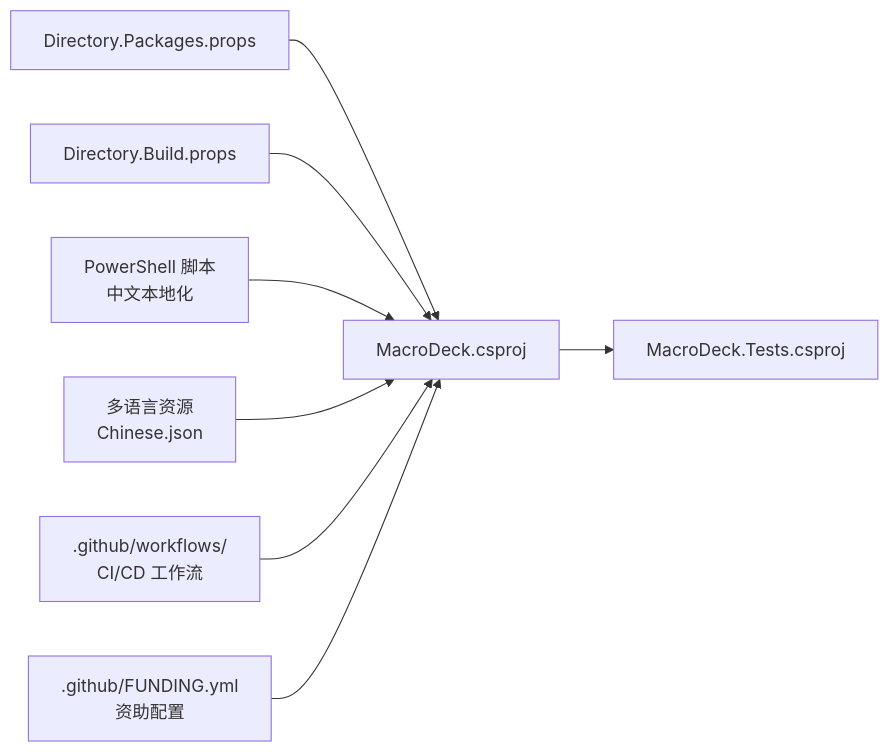
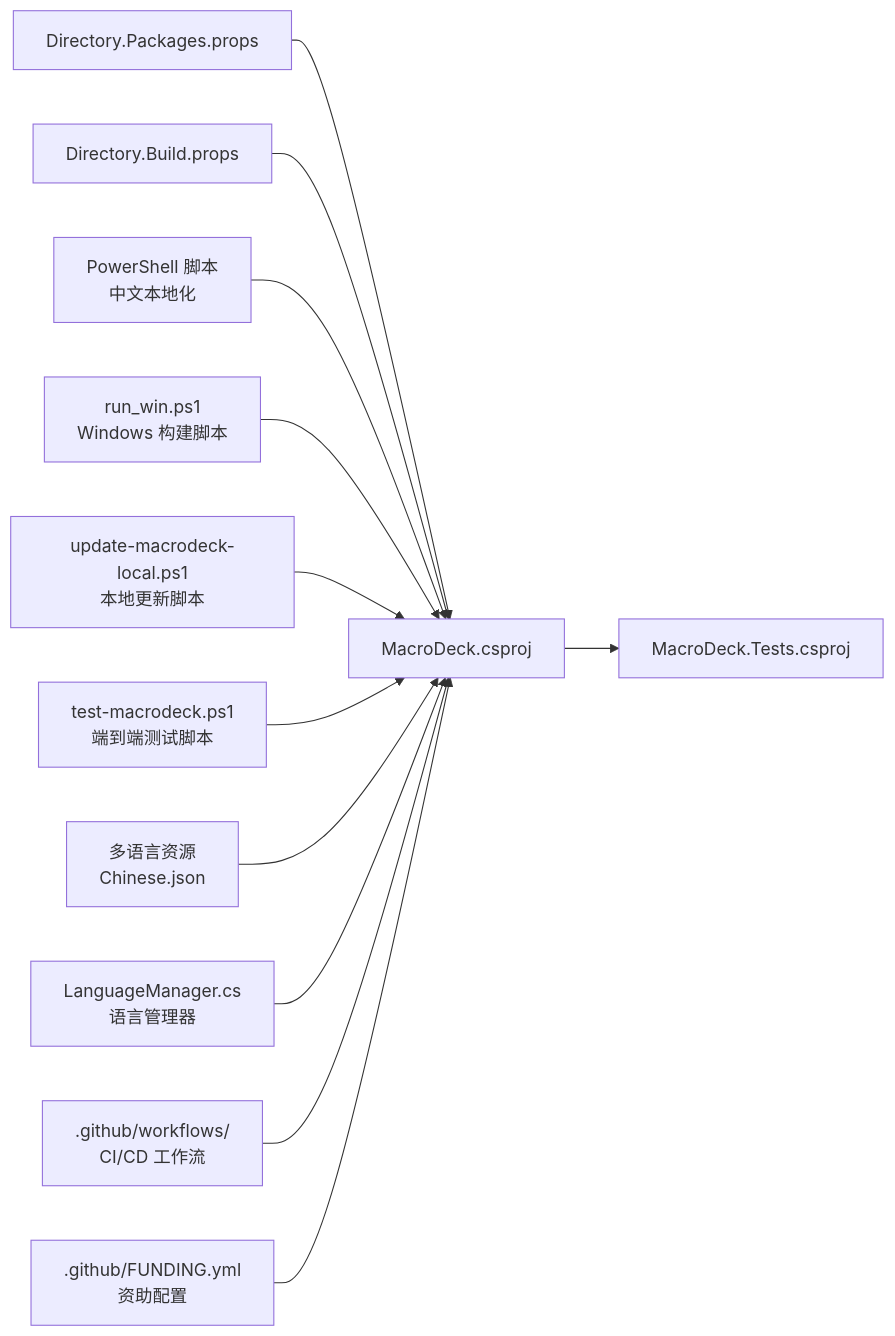
The third of 5 diagrams in .qoder/repowiki/zh/content/开发者指南/开发者指南.md (tea4go/Macro-Deck), drawn with Mermaid before and after one commit. The commit also changed other lines of this file and 42 other files, not shown here.

````diff
--- a/.qoder/repowiki/zh/content/开发者指南/开发者指南.md
+++ b/.qoder/repowiki/zh/content/开发者指南/开发者指南.md
@@ -211,18 +231,26 @@
 ```mermaid
 graph LR
 AppProj["MacroDeck.csproj"]
 TestProj["MacroDeck.Tests.csproj"]
 CentralProps["Directory.Packages.props"]
 BuildProps["Directory.Build.props"]
 PScripts["PowerShell 脚本<br/>中文本地化"]
+RunWin["run_win.ps1<br/>Windows 构建脚本"]
+UpdateLocal["update-macrodeck-local.ps1<br/>本地更新脚本"]
+TestScript["test-macrodeck.ps1<br/>端到端测试脚本"]
 Localize["多语言资源<br/>Chinese.json"]
 GHWorkflow[".github/workflows/<br/>CI/CD 工作流"]
 Funding[".github/FUNDING.yml<br/>资助配置"]
+LanguageMgr["LanguageManager.cs<br/>语言管理器"]
 CentralProps --> AppProj
 BuildProps --> AppProj
 AppProj --> TestProj
 PScripts --> AppProj
+RunWin --> AppProj
+UpdateLocal --> AppProj
+TestScript --> AppProj
 Localize --> AppProj
+LanguageMgr --> AppProj
 GHWorkflow --> AppProj
 Funding --> AppProj
 ```
````
